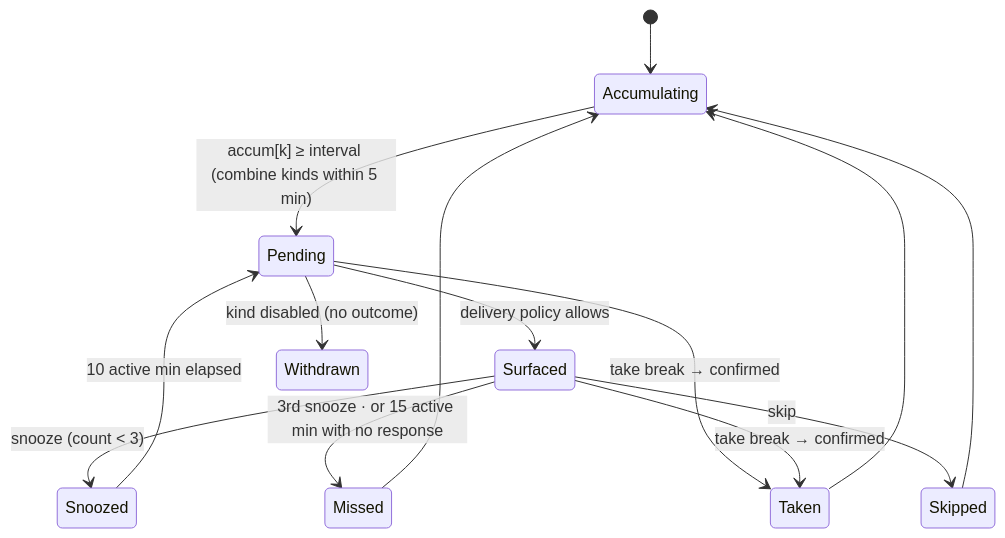
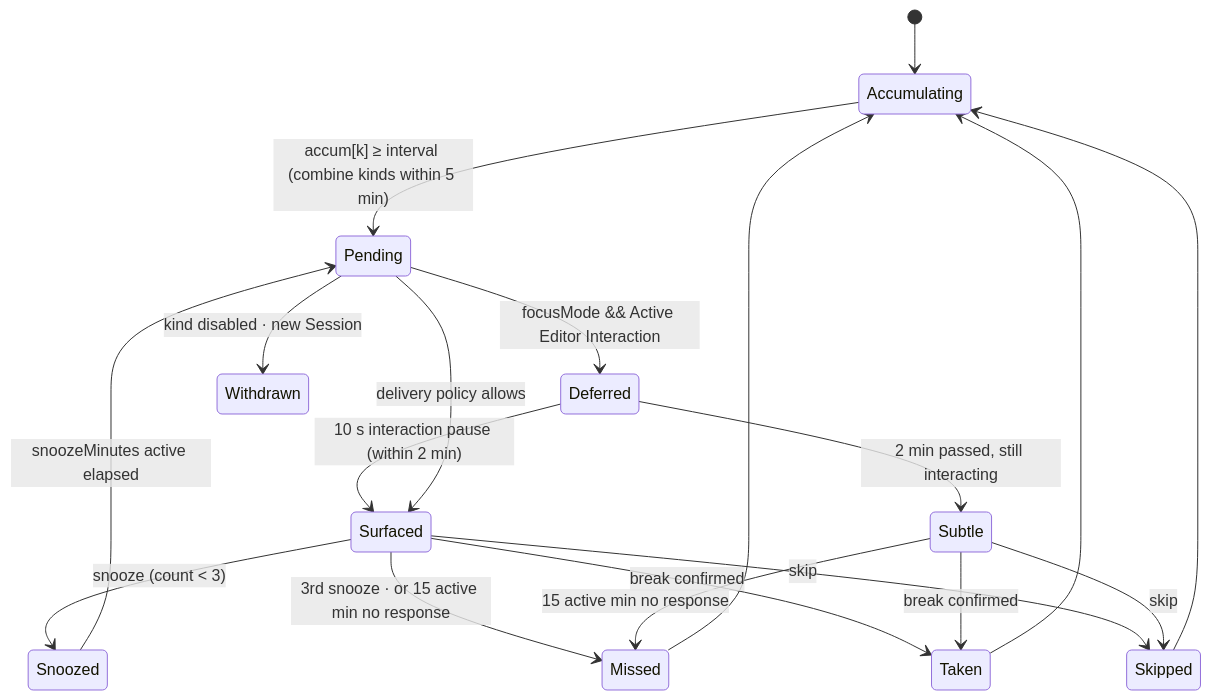
Before and after one commit to arilbois/graveyard-shift: the third of 4 diagrams in .kiro/specs/graveyard-shift/design.md, drawn with Mermaid. The commit also changed other lines of this file and 2 other files, not shown here.

````diff
--- a/.kiro/specs/graveyard-shift/design.md
+++ b/.kiro/specs/graveyard-shift/design.md
@@ -220,16 +240,21 @@
 ```mermaid
 stateDiagram-v2
   [*] --> Accumulating
   Accumulating --> Pending: accum[k] ≥ interval (combine kinds within 5 min)
+  Pending --> Deferred: focusMode && Active Editor Interaction
+  Deferred --> Surfaced: 10 s interaction pause (within 2 min)
+  Deferred --> Subtle: 2 min passed, still interacting
   Pending --> Surfaced: delivery policy allows
   Surfaced --> Snoozed: snooze (count < 3)
-  Snoozed --> Pending: 10 active min elapsed
-  Surfaced --> Missed: 3rd snooze · or 15 active min with no response
-  Pending --> Taken: take break → confirmed
-  Surfaced --> Taken: take break → confirmed
+  Snoozed --> Pending: snoozeMinutes active elapsed
+  Surfaced --> Missed: 3rd snooze · or 15 active min no response
+  Subtle --> Missed: 15 active min no response
+  Surfaced --> Taken: break confirmed
+  Subtle --> Taken: break confirmed
   Surfaced --> Skipped: skip
-  Pending --> Withdrawn: kind disabled (no outcome)
+  Subtle --> Skipped: skip
+  Pending --> Withdrawn: kind disabled · new Session
   Taken --> Accumulating
   Skipped --> Accumulating
   Missed --> Accumulating
 ```
````
